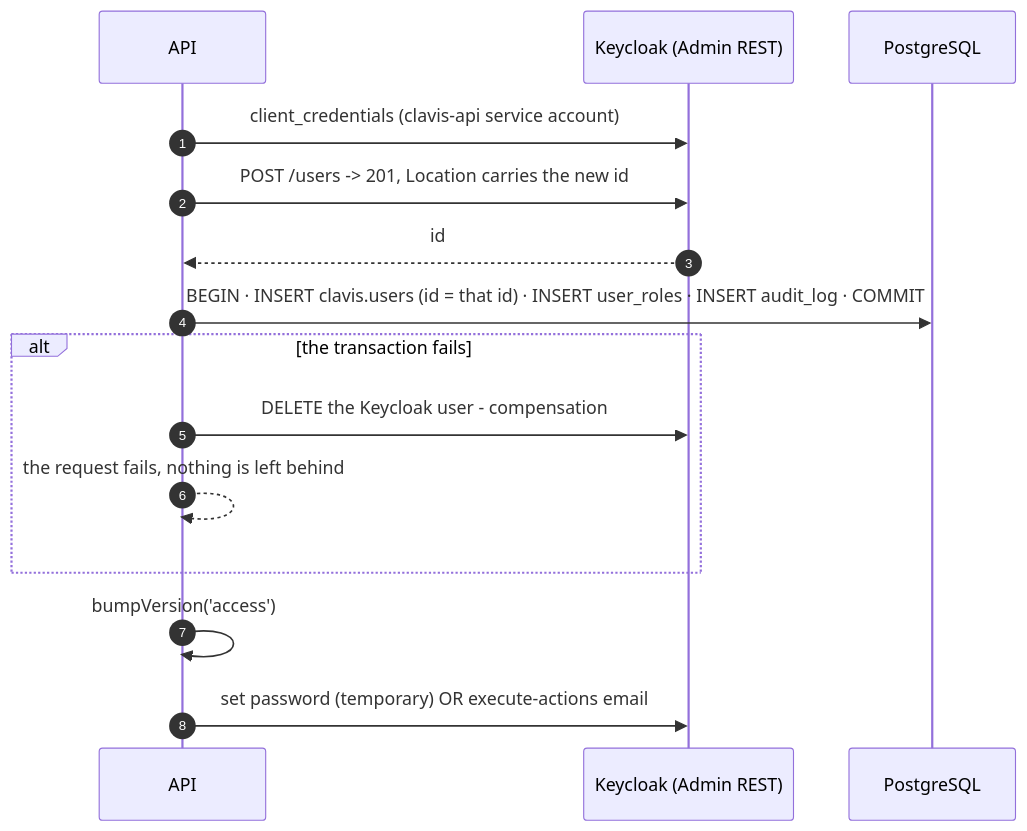
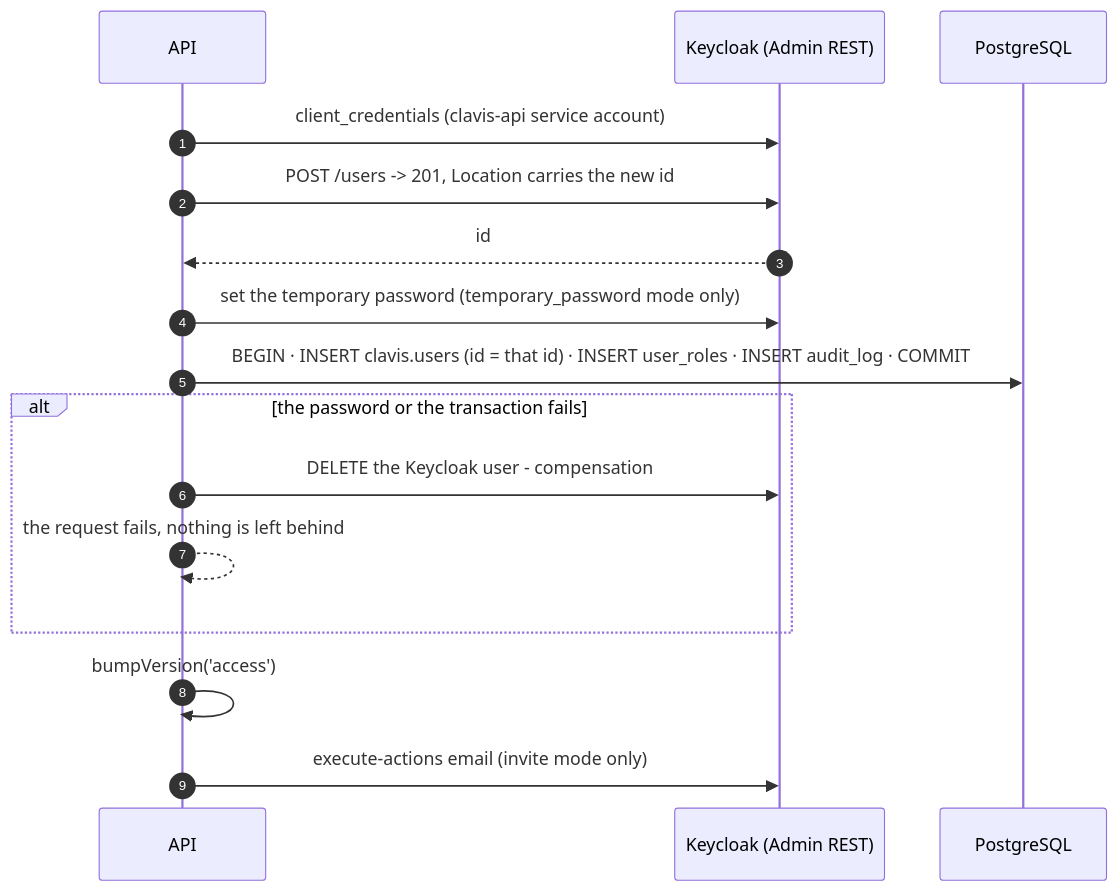
One commit to mapineda48/clavis changed the fourth of 4 diagrams in docs/access-control.md. Above: the diagram before and after it, drawn with Mermaid. The commit also changed other lines of this file and 1 other file, not shown here.

Commit message:
fix: compensate the whole of POST /users, not just the database write
`createUser` and `setPassword` shared one try whose catch only rethrows, while
the compensating `deleteUser` sat in a different try wrapping `mutate`. So the
one order that was left uncovered — Keycloak creates the user, Keycloak then
refuses the password — produced a Keycloak user with no `clavis.users` row and
no way back: the username and email are permanently taken, retrying answers
409, and `DELETE /api/users/:id` answers 404 because there is no application
row to delete. Only Keycloak's own console could clear it.

Put `createUser` alone in its own try — until it returns there is nothing to
undo — and wrap everything after it, password included, in the compensated
region. The reconciliation log line now says what is left behind and why it
matters.

````diff
--- a/docs/access-control.md
+++ b/docs/access-control.md
@@ -453,18 +453,19 @@
 ```mermaid
 sequenceDiagram
     autonumber
     participant A as API
     participant K as Keycloak (Admin REST)
     participant P as PostgreSQL
 
     A->>K: client_credentials (clavis-api service account)
     A->>K: POST /users  -> 201, Location carries the new id
     K-->>A: id
+    A->>K: set the temporary password (temporary_password mode only)
     A->>P: BEGIN · INSERT clavis.users (id = that id) · INSERT user_roles · INSERT audit_log · COMMIT
-    alt the transaction fails
+    alt the password or the transaction fails
         A->>K: DELETE the Keycloak user - compensation
         A-->>A: the request fails, nothing is left behind
     end
     A->>A: bumpVersion('access')
-    A->>K: set password (temporary) OR execute-actions email
+    A->>K: execute-actions email (invite mode only)
 ```
````
